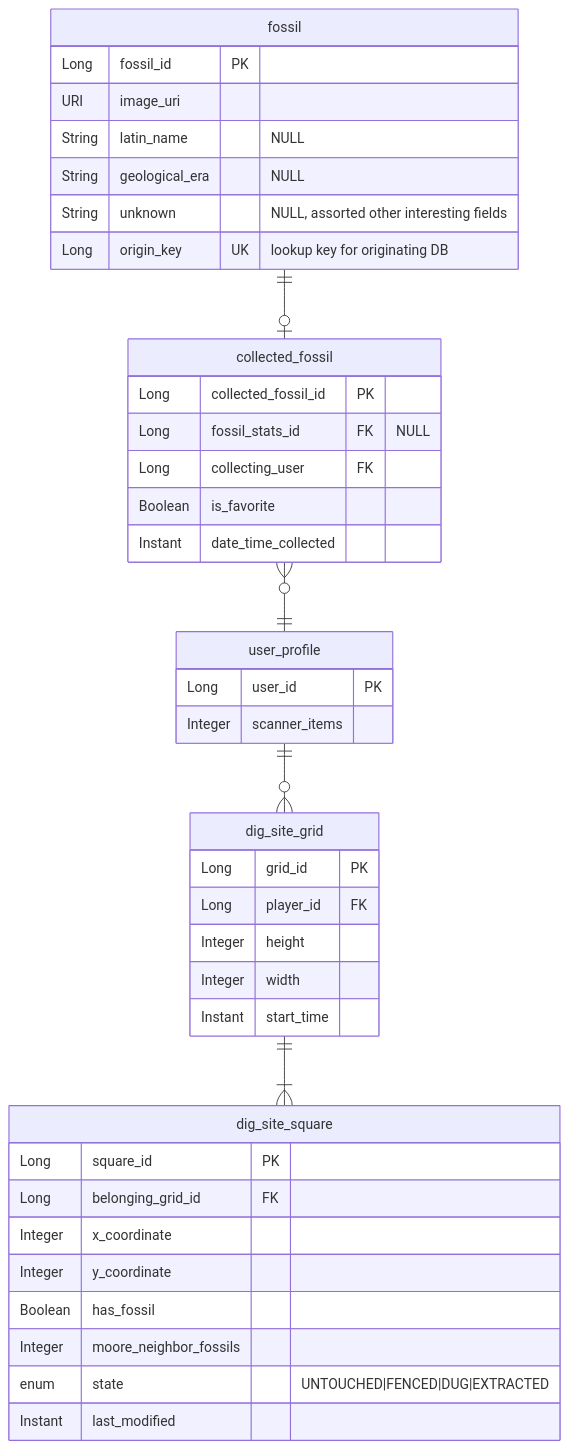
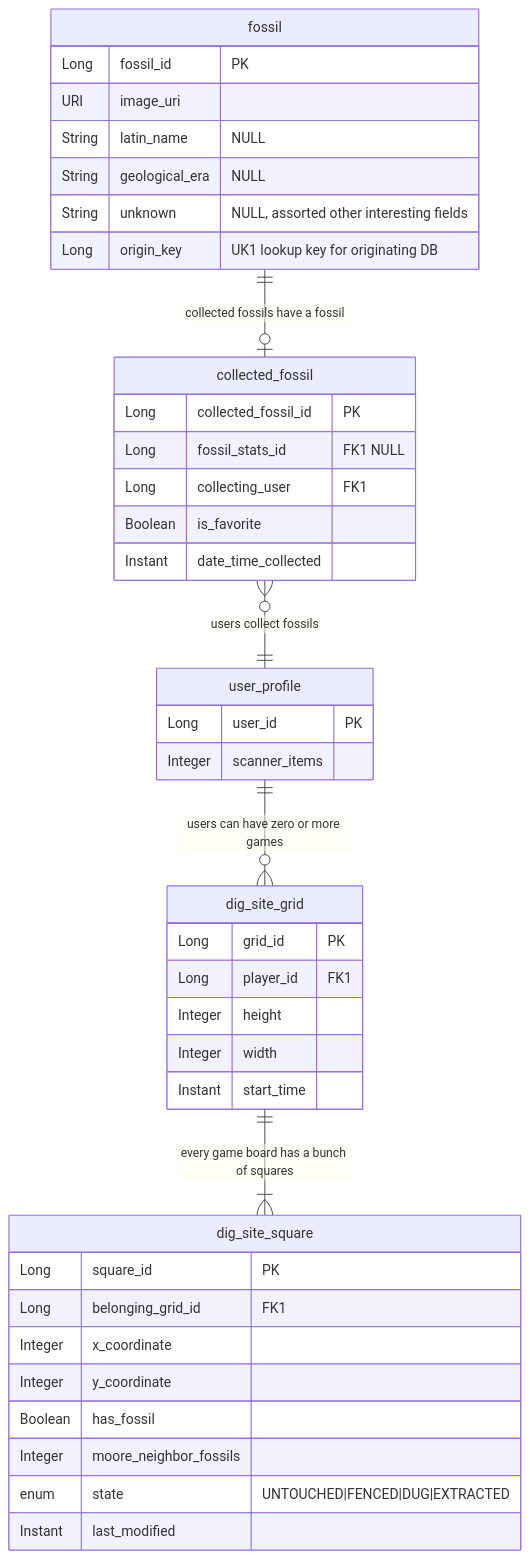
Before and after one commit to dd-java-22/fossil-sweeper-GilesVolmir: the diagram in docs/mermaid/erd.mermaid, drawn with Mermaid. The commit also changed 4 other files, not shown here.

First line of the commit message:
Commit by Claude: Add fields and update ERD labels

```diff
--- a/docs/mermaid/erd.mermaid
+++ b/docs/mermaid/erd.mermaid
@@ -1,41 +1,41 @@
 erDiagram
-    collected_fossil }o--|| user_profile : ""
-    fossil ||--o| collected_fossil : ""
-    user_profile ||--o{ dig_site_grid : ""
-    dig_site_grid ||--|{ dig_site_square : ""
+    collected_fossil }o--|| user_profile : "users collect fossils"
+    fossil ||--o| collected_fossil : "collected fossils have a fossil"
+    user_profile ||--o{ dig_site_grid : "users can have zero or more games"
+    dig_site_grid ||--|{ dig_site_square : "every game board has a bunch of squares"
     fossil {
-        Long fossil_id PK
+        Long fossil_id "PK"
         URI image_uri
         String latin_name "NULL"
         String geological_era "NULL"
         String unknown "NULL, assorted other interesting fields"
-        Long origin_key UK "lookup key for originating DB"
+        Long origin_key "UK1 lookup key for originating DB"
     }
     collected_fossil {
-        Long collected_fossil_id PK
-        Long fossil_stats_id FK "NULL"
-        Long collecting_user FK
+        Long collected_fossil_id "PK"
+        Long fossil_stats_id "FK1 NULL"
+        Long collecting_user "FK1"
         Boolean is_favorite
         Instant date_time_collected
     }
     user_profile {
-        Long user_id PK
+        Long user_id "PK"
         Integer scanner_items
     }
     dig_site_grid {
-        Long grid_id PK
-        Long player_id FK
+        Long grid_id "PK"
+        Long player_id "FK1"
         Integer height
         Integer width
         Instant start_time
     }
     dig_site_square {
-        Long square_id PK
-        Long belonging_grid_id FK
+        Long square_id "PK"
+        Long belonging_grid_id "FK1"
         Integer x_coordinate
         Integer y_coordinate
         Boolean has_fossil
         Integer moore_neighbor_fossils
         enum state "UNTOUCHED|FENCED|DUG|EXTRACTED"
         Instant last_modified
     }
```
